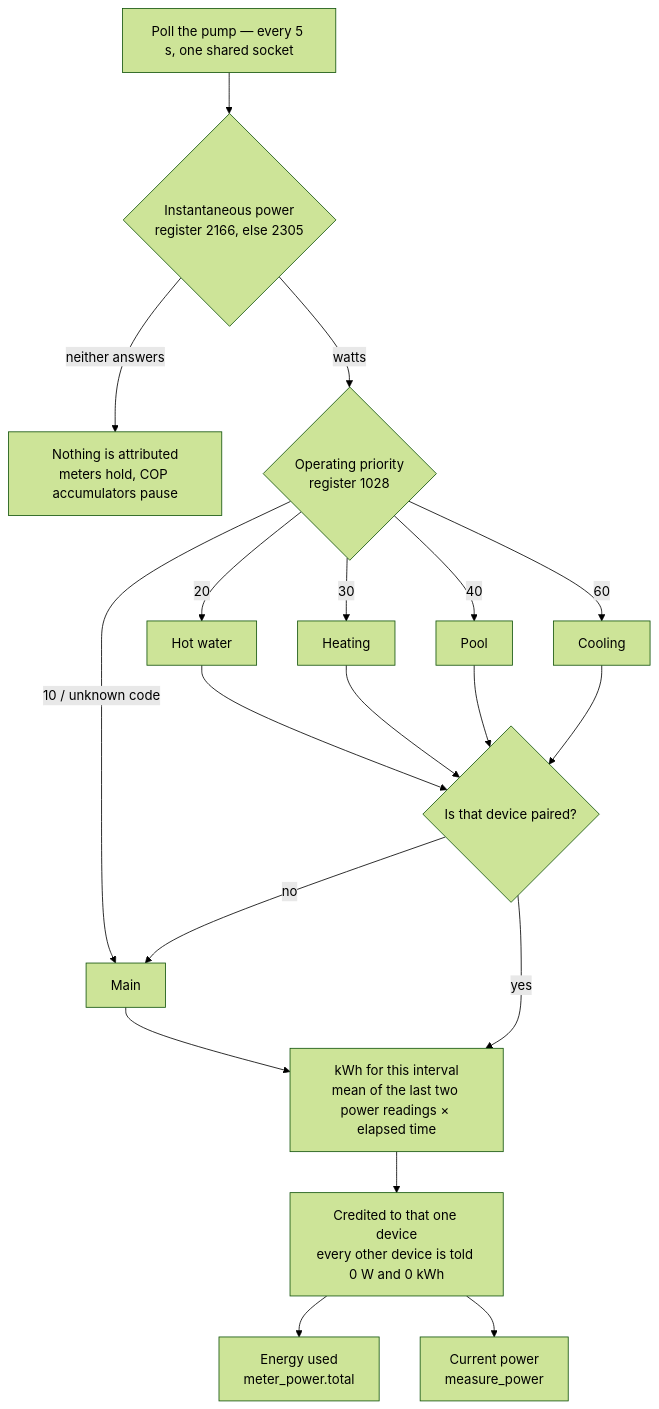
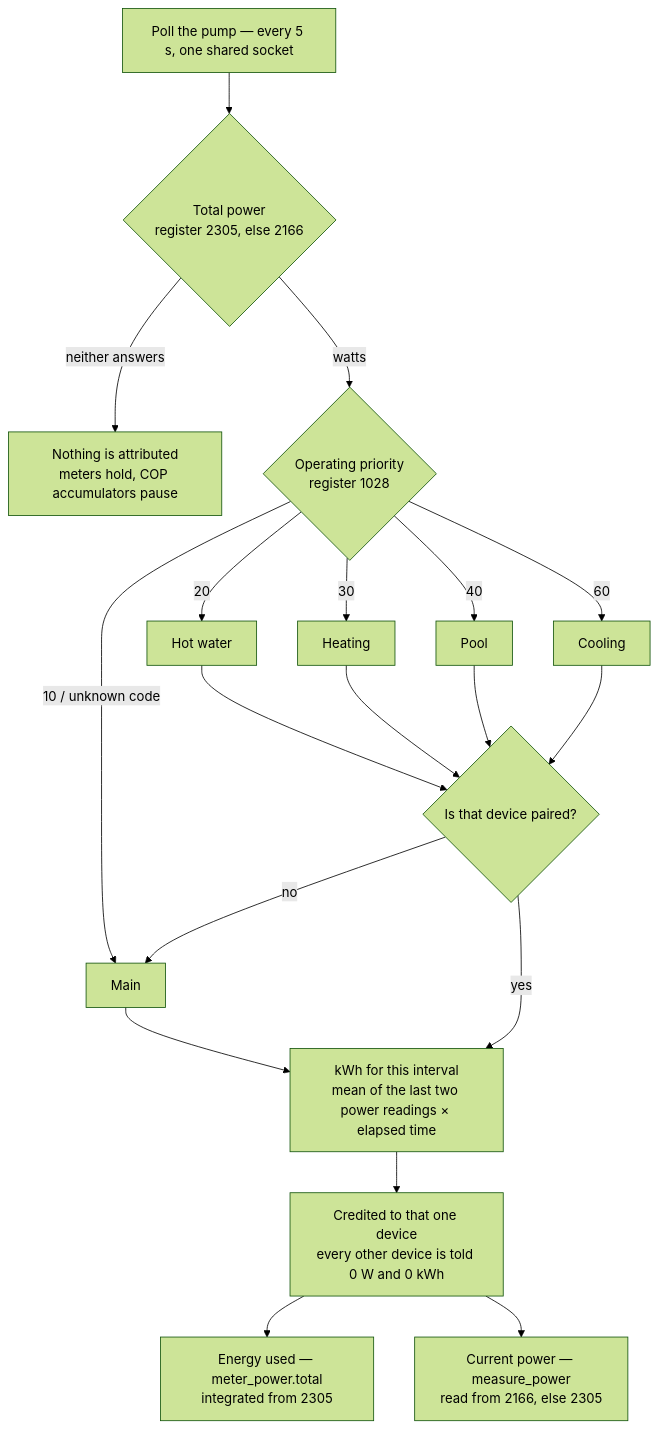
Before and after one commit to lovethyresson/com.nibe.local: the first of 2 diagrams in docs/energy-attribution.md, drawn with Mermaid (forest theme). The commit also changed other lines of this file and 6 other files, not shown here.

````diff
--- a/docs/energy-attribution.md
+++ b/docs/energy-attribution.md
@@ -20,21 +20,21 @@
 ```mermaid
 flowchart TD
-    A["Poll the pump — every 5 s, one shared socket"] --> B{"Instantaneous power<br/>register 2166, else 2305"}
+    A["Poll the pump — every 5 s, one shared socket"] --> B{"Total power<br/>register 2305, else 2166"}
     B -- "neither answers" --> X["Nothing is attributed<br/>meters hold, COP accumulators pause"]
     B -- "watts" --> C{"Operating priority<br/>register 1028"}
     C -- "10 / unknown code" --> M["Main"]
     C -- "20" --> HW["Hot water"]
     C -- "30" --> HE["Heating"]
     C -- "40" --> PO["Pool"]
     C -- "60" --> CO["Cooling"]
     HW --> P{"Is that device paired?"}
     HE --> P
     PO --> P
     CO --> P
     P -- "no" --> M
     P -- "yes" --> D
     M --> D["kWh for this interval<br/>mean of the last two power readings × elapsed time"]
     D --> E["Credited to that one device<br/>every other device is told 0 W and 0 kWh"]
-    E --> F["Energy used<br/>meter_power.total"]
-    E --> G["Current power<br/>measure_power"]
+    E --> F["Energy used — meter_power.total<br/>integrated from 2305"]
+    E --> G["Current power — measure_power<br/>read from 2166, else 2305"]
 ```
````
